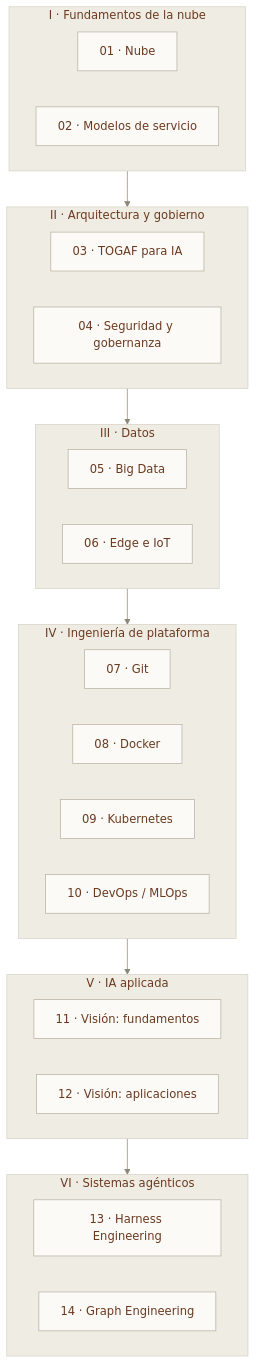
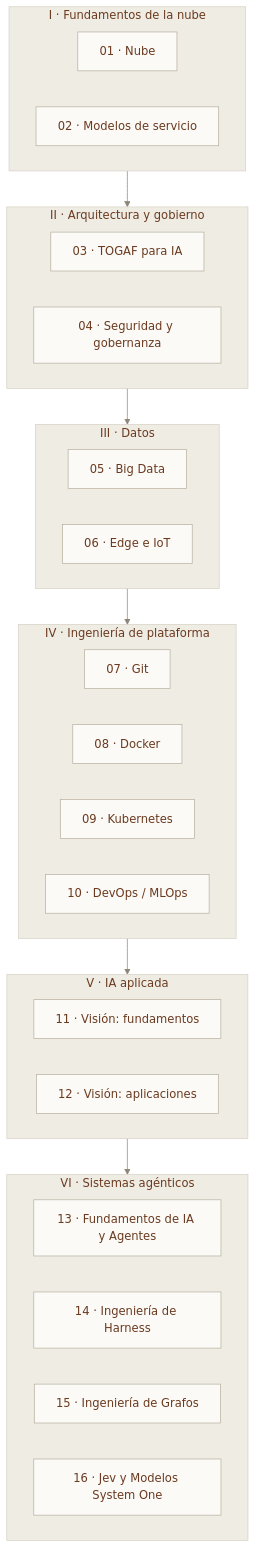
One commit to danielxxi/cloud-and-IA-para-todos changed the diagram in docs/index.md. Above: the diagram before and after it, drawn with Mermaid. The commit also changed other lines of this file and 6 other files, not shown here.

````diff
--- a/docs/index.md
+++ b/docs/index.md
@@ -60,33 +60,35 @@
 ```mermaid
 %%{init:{"theme":"base","themeVariables":{"fontFamily":"Inter, sans-serif","darkMode":false,"background":"#f3f1ec","mainBkg":"#fbfaf7","primaryColor":"#fbfaf7","primaryTextColor":"#6b3a1f","primaryBorderColor":"#b9b1a1","secondaryColor":"#ead9ba","secondaryTextColor":"#6b3a1f","secondaryBorderColor":"#b9b1a1","tertiaryColor":"#c2d4cb","tertiaryTextColor":"#6b3a1f","tertiaryBorderColor":"#b9b1a1","lineColor":"#8d8676","textColor":"#6b3a1f","nodeTextColor":"#6b3a1f","nodeBorder":"#b9b1a1","labelTextColor":"#6b3a1f","titleColor":"#6b3a1f","edgeLabelBackground":"#f3f1ec","clusterBkg":"#efece4","clusterBorder":"#d8d2c6","cScale0":"#e2a98c","cScaleLabel0":"#6b3a1f","cScale1":"#bdb6e6","cScaleLabel1":"#6b3a1f","cScale2":"#e8d9b6","cScaleLabel2":"#6b3a1f","cScale3":"#b5d0c3","cScaleLabel3":"#6b3a1f","cScale4":"#e6cfc0","cScaleLabel4":"#6b3a1f","cScale5":"#cddcea","cScaleLabel5":"#6b3a1f"}}}%%
 flowchart TB
     subgraph VI["VI · Sistemas agénticos"]
-        M13["13 · Harness Engineering"]
-        M14["14 · Graph Engineering"]
+        M13["13 · Fundamentos de IA y Agentes"]
+        M14["14 · Ingeniería de Harness"]
+        M15["15 · Ingeniería de Grafos"]
+        M16["16 · Jev y Modelos System One"]
     end
     subgraph V["V · IA aplicada"]
         M11["11 · Visión: fundamentos"]
         M12["12 · Visión: aplicaciones"]
     end
     subgraph IV["IV · Ingeniería de plataforma"]
         M07["07 · Git"]
         M08["08 · Docker"]
         M09["09 · Kubernetes"]
         M10["10 · DevOps / MLOps"]
     end
     subgraph III["III · Datos"]
         M05["05 · Big Data"]
         M06["06 · Edge e IoT"]
     end
     subgraph II["II · Arquitectura y gobierno"]
         M03["03 · TOGAF para IA"]
         M04["04 · Seguridad y gobernanza"]
     end
     subgraph I["I · Fundamentos de la nube"]
         M01["01 · Nube"]
         M02["02 · Modelos de servicio"]
     end
 
     I --> II --> III --> IV --> V --> VI
     classDef default fill:#fbfaf7,stroke:#b9b1a1,stroke-width:1px,color:#6b3a1f;
 ```
````
